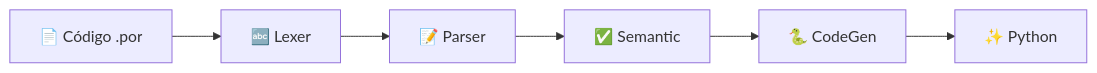
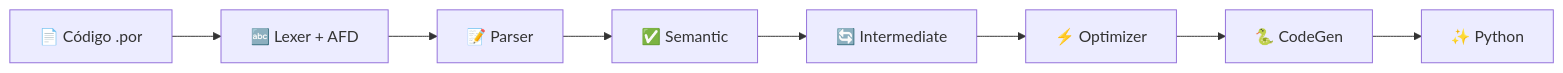
One commit to ErickIV/Compilador-de-Portugol changed the diagram in README.md. Above: the diagram before and after it, drawn with Mermaid. The commit also changed other lines of this file and 11 other files, not shown here.

````diff
--- a/README.md
+++ b/README.md
@@ -289,8 +374,10 @@
 ```mermaid
 graph LR
-    A[📄 Código .por] --> B[🔤 Lexer]
+    A[📄 Código .por] --> B[🔤 Lexer + AFD]
     B --> C[📝 Parser]
     C --> D[✅ Semantic]
-    D --> E[🐍 CodeGen]
-    E --> F[✨ Python]
+    D --> E[🔄 Intermediate]
+    E --> F[⚡ Optimizer]
+    F --> G[🐍 CodeGen]
+    G --> H[✨ Python]
 ```
````
